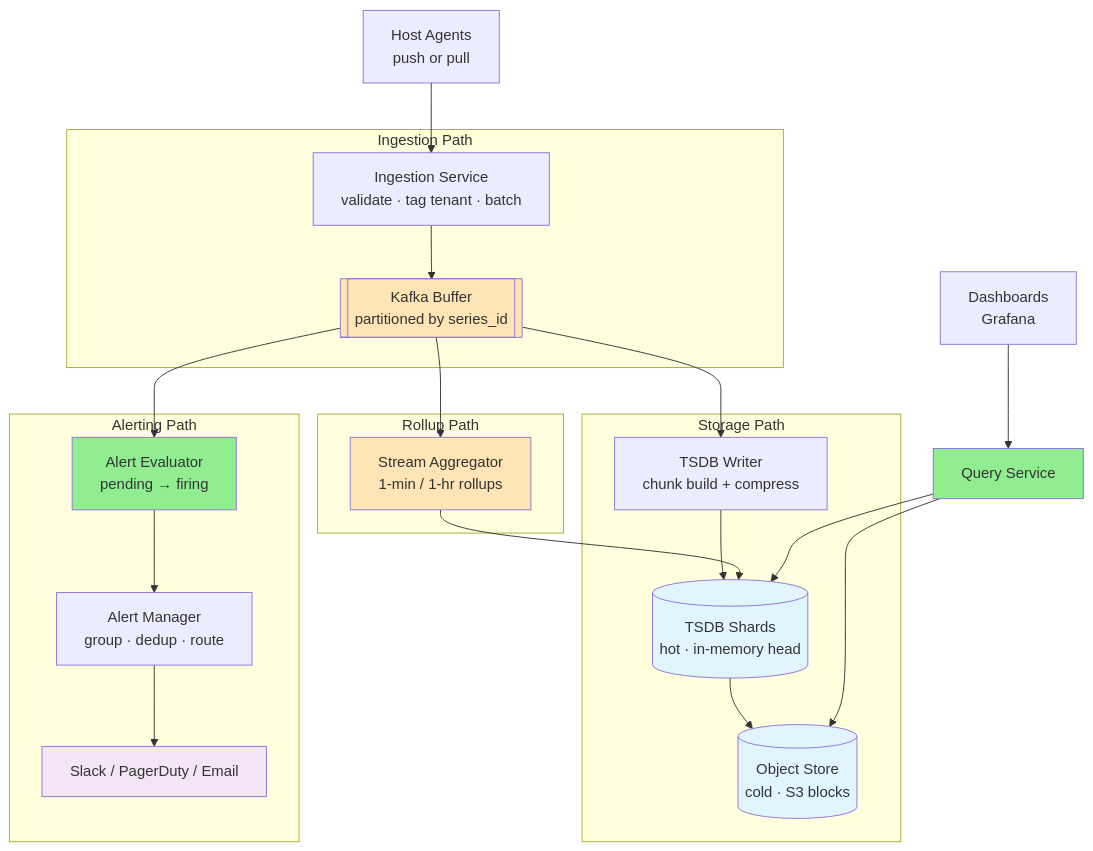
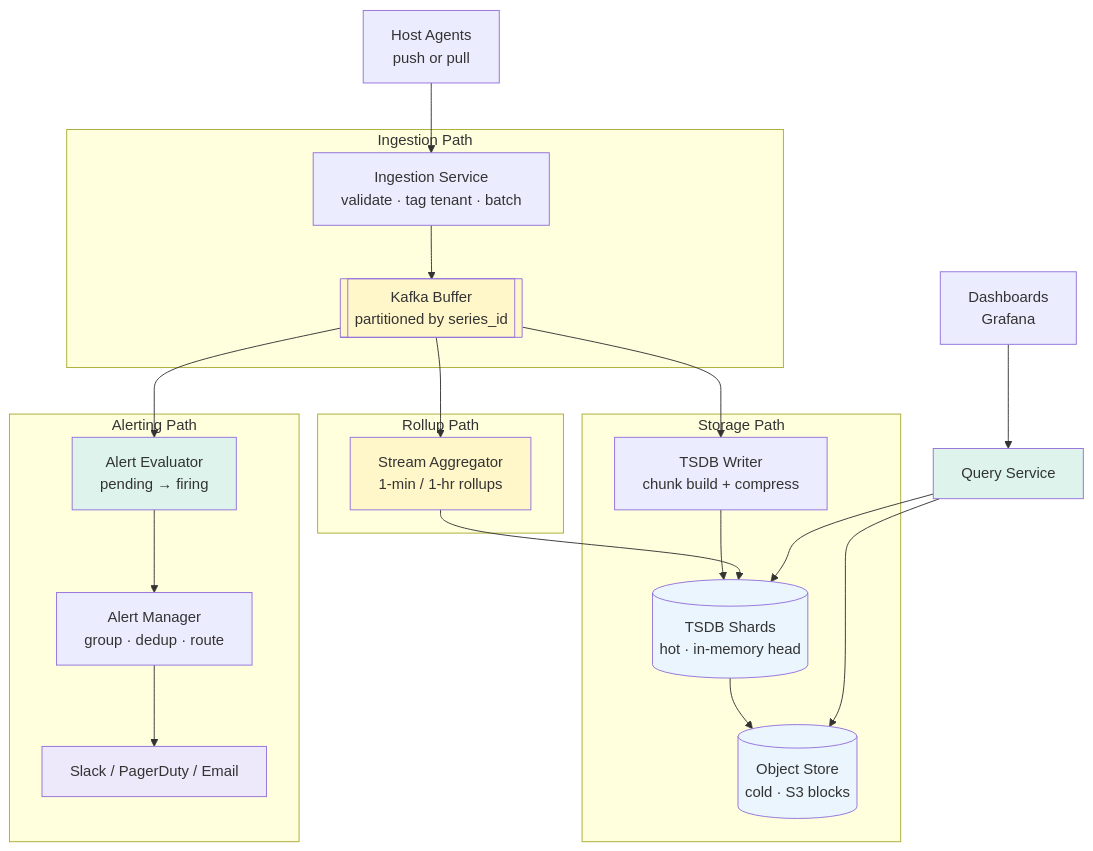
One commit to cartmancodes/InterviewVault changed the first of 6 diagrams in LLD/questions/Design Metrics Monitoring.md. Above: the diagram before and after it, drawn with Mermaid. The commit also changed other lines of this file and 679 other files, not shown here.

Commit message:
Unify content diagrams and add accessible visual walkthroughs

````diff
--- a/LLD/questions/Design Metrics Monitoring.md
+++ b/LLD/questions/Design Metrics Monitoring.md
@@ -122,50 +122,50 @@
 ```mermaid
 graph TB
     AG[Host Agents<br/>push or pull]
 
     subgraph Ingest["Ingestion Path"]
         IS[Ingestion Service<br/>validate · tag tenant · batch]
         KAFKA[[Kafka Buffer<br/>partitioned by series_id]]
     end
 
     subgraph Storage["Storage Path"]
         TW[TSDB Writer<br/>chunk build + compress]
         HOT[(TSDB Shards<br/>hot · in-memory head)]
         COLD[(Object Store<br/>cold · S3 blocks)]
     end
 
     subgraph Rollup["Rollup Path"]
         SA[Stream Aggregator<br/>1-min / 1-hr rollups]
     end
 
     subgraph Alerting["Alerting Path"]
         AE[Alert Evaluator<br/>pending → firing]
         AM[Alert Manager<br/>group · dedup · route]
         OUT[Slack / PagerDuty / Email]
     end
 
     QS[Query Service]
     DASH[Dashboards<br/>Grafana]
 
     AG --> IS
     IS --> KAFKA
     KAFKA --> TW
     KAFKA --> SA
     KAFKA --> AE
     TW --> HOT
     HOT --> COLD
     SA --> HOT
     AE --> AM
     AM --> OUT
     DASH --> QS
     QS --> HOT
     QS --> COLD
 
-    style KAFKA fill:#FFE4B5
-    style HOT fill:#e1f5ff
-    style COLD fill:#e1f5ff
-    style SA fill:#FFE4B5
-    style QS fill:#90EE90
-    style AE fill:#90EE90
-    style OUT fill:#f3e5f5
+    style KAFKA fill:#FFF6C9
+    style HOT fill:#EAF5FD
+    style COLD fill:#EAF5FD
+    style SA fill:#FFF6C9
+    style QS fill:#DDF3EC
+    style AE fill:#DDF3EC
+    style OUT fill:#EDE8FA
 ```
````
